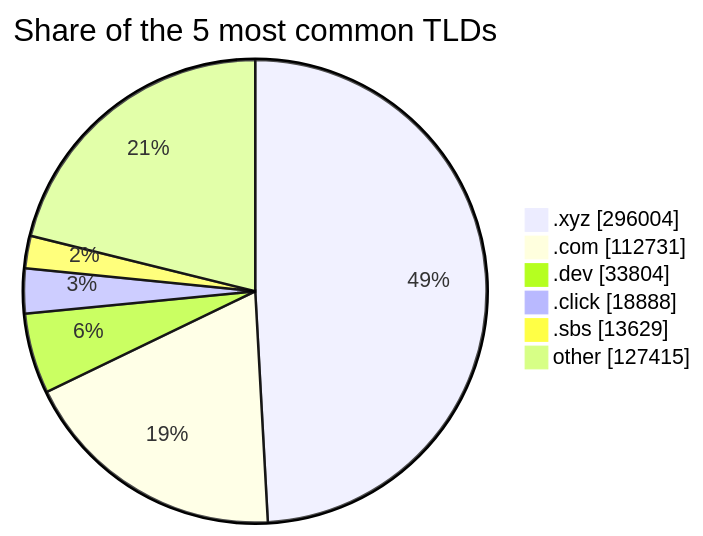
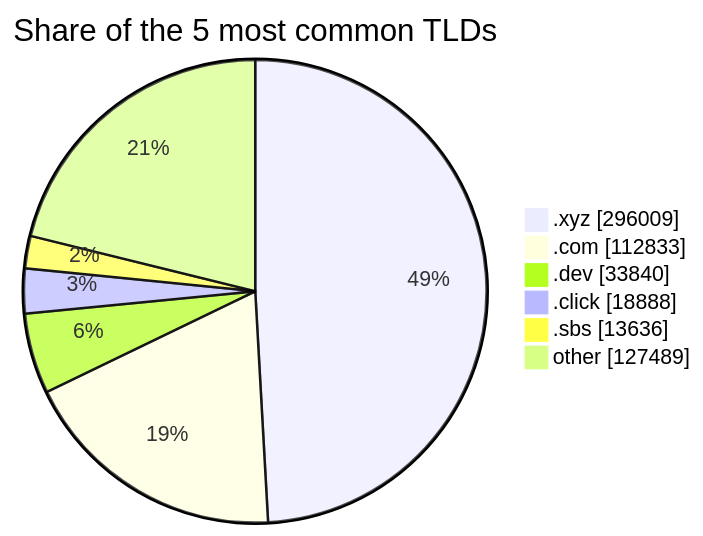
Before and after one commit to DNSBunker/CTI: the third of 3 diagrams in README.md, drawn with Mermaid. The commit also changed other lines of this file and 3 other files, not shown here.

````diff
--- a/README.md
+++ b/README.md
@@ -81,9 +81,9 @@
 ```mermaid
 pie showData title Share of the 5 most common TLDs
-    ".xyz" : 296004
-    ".com" : 112731
-    ".dev" : 33804
+    ".xyz" : 296009
+    ".com" : 112833
+    ".dev" : 33840
     ".click" : 18888
-    ".sbs" : 13629
-    "other" : 127415
+    ".sbs" : 13636
+    "other" : 127489
 ```
````
